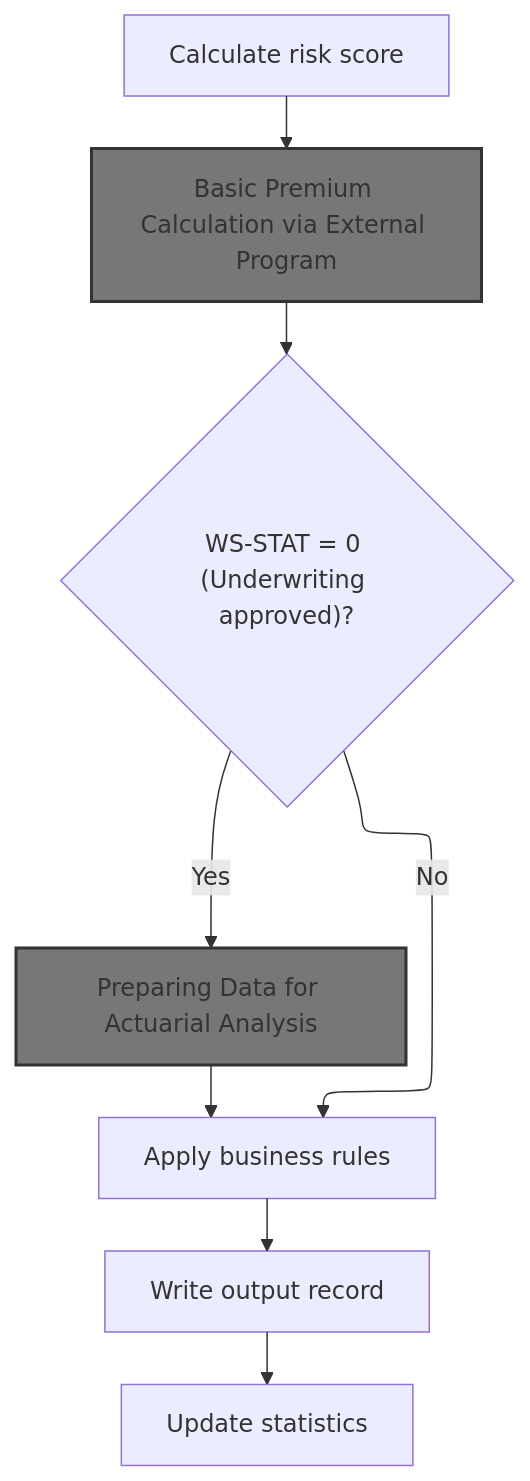
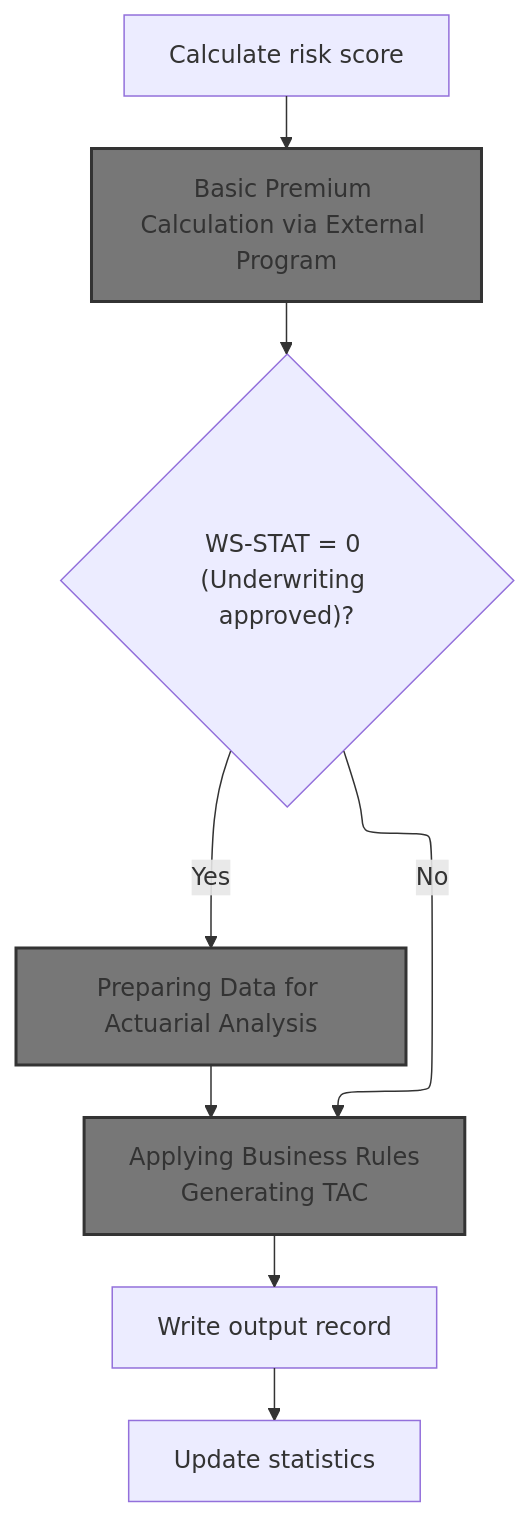
Before and after one commit to Swimm-Demo/kyndryl-cics-genapp: the ninth of 14 diagrams in .swm/insurance-policy-processing-and-premium-calculation.t96is.sw.md, drawn with Mermaid. The commit also changed other lines of this file, not shown here.

````diff
--- a/.swm/insurance-policy-processing-and-premium-calculation.t96is.sw.md
+++ b/.swm/insurance-policy-processing-and-premium-calculation.t96is.sw.md
@@ -692,50 +700,54 @@
 ```mermaid
 %%{init: {"flowchart": {"defaultRenderer": "elk"}} }%%
 flowchart TD
   node1["Calculate risk score"]
-  click node1 openCode "base/src/LGAPDB01.cbl:258:259"
+  click node1 openCode "base/src/LGAPDB01.cbl:270:271"
   node1 --> node2["Basic Premium Calculation via External Program"]
   
   node2 --> node3{"WS-STAT = 0 (Underwriting approved)?"}
-  click node3 openCode "base/src/LGAPDB01.cbl:261:263"
+  click node3 openCode "base/src/LGAPDB01.cbl:273:275"
   node3 -->|"Yes"| node4["Preparing Data for Actuarial Analysis"]
   
-  node3 -->|"No"| node5["Apply business rules"]
-  click node5 openCode "base/src/LGAPDB01.cbl:264:265"
+  node3 -->|"No"| node5["Applying Business Rules
+Generating TAC"]
+  click node5 goToHeading "Applying Business Rules, and Generating TAC"
   node4 --> node5
   node5 --> node6["Write output record"]
-  click node6 openCode "base/src/LGAPDB01.cbl:265:266"
+  click node6 openCode "base/src/LGAPDB01.cbl:278:278"
   node6 --> node7["Update statistics"]
-  click node7 openCode "base/src/LGAPDB01.cbl:266:267"
+  click node7 openCode "base/src/LGAPDB01.cbl:279:279"
 
 classDef HeadingStyle fill:#777777,stroke:#333,stroke-width:2px;
 click node2 goToHeading "Basic Premium Calculation via External Program"
 node2:::HeadingStyle
 click node4 goToHeading "Preparing Data for Actuarial Analysis"
 node4:::HeadingStyle
+node5:::HeadingStyle
 
 %% Swimm:
 %% %%{init: {"flowchart": {"defaultRenderer": "elk"}} }%%
 %% flowchart TD
 %%   node1["Calculate risk score"]
-%%   click node1 openCode "<SwmPath repo-id="Z2l0aHViJTNBJTNBa3luZHJ5bC1jaWNzLWdlbmFwcCUzQSUzQVN3aW1tLURlbW8=" repo-name="kyndryl-cics-genapp" path="/base/src/LGAPDB01.cbl">`(kyndryl-cics-genapp) base/src/LGAPDB01.cbl`</SwmPath>:258:259"
+%%   click node1 openCode "<SwmPath repo-id="Z2l0aHViJTNBJTNBa3luZHJ5bC1jaWNzLWdlbmFwcCUzQSUzQVN3aW1tLURlbW8=" repo-name="kyndryl-cics-genapp" path="/base/src/LGAPDB01.cbl">`(kyndryl-cics-genapp) base/src/LGAPDB01.cbl`</SwmPath>:270:271"
 %%   node1 --> node2["Basic Premium Calculation via External Program"]
 %%   
-%%   node2 --> node3{"<SwmToken path="/base/src/LGAPDB01.cbl" pos="369:3:5" line-data="           EVALUATE WS-STAT" repo-id="Z2l0aHViJTNBJTNBa3luZHJ5bC1jaWNzLWdlbmFwcCUzQSUzQVN3aW1tLURlbW8=" repo-name="kyndryl-cics-genapp">`WS-STAT`</SwmToken> = 0 (Underwriting approved)?"}
-%%   click node3 openCode "<SwmPath repo-id="Z2l0aHViJTNBJTNBa3luZHJ5bC1jaWNzLWdlbmFwcCUzQSUzQVN3aW1tLURlbW8=" repo-name="kyndryl-cics-genapp" path="/base/src/LGAPDB01.cbl">`(kyndryl-cics-genapp) base/src/LGAPDB01.cbl`</SwmPath>:261:263"
+%%   node2 --> node3{"<SwmToken path="/base/src/LGAPDB01.cbl" pos="273:3:5" line-data="           IF WS-STAT = 0" repo-id="Z2l0aHViJTNBJTNBa3luZHJ5bC1jaWNzLWdlbmFwcCUzQSUzQVN3aW1tLURlbW8=" repo-name="kyndryl-cics-genapp">`WS-STAT`</SwmToken> = 0 (Underwriting approved)?"}
+%%   click node3 openCode "<SwmPath repo-id="Z2l0aHViJTNBJTNBa3luZHJ5bC1jaWNzLWdlbmFwcCUzQSUzQVN3aW1tLURlbW8=" repo-name="kyndryl-cics-genapp" path="/base/src/LGAPDB01.cbl">`(kyndryl-cics-genapp) base/src/LGAPDB01.cbl`</SwmPath>:273:275"
 %%   node3 -->|"Yes"| node4["Preparing Data for Actuarial Analysis"]
 %%   
-%%   node3 -->|"No"| node5["Apply business rules"]
-%%   click node5 openCode "<SwmPath repo-id="Z2l0aHViJTNBJTNBa3luZHJ5bC1jaWNzLWdlbmFwcCUzQSUzQVN3aW1tLURlbW8=" repo-name="kyndryl-cics-genapp" path="/base/src/LGAPDB01.cbl">`(kyndryl-cics-genapp) base/src/LGAPDB01.cbl`</SwmPath>:264:265"
+%%   node3 -->|"No"| node5["Applying Business Rules
+%% Generating TAC"]
+%%   click node5 goToHeading "Applying Business Rules, and Generating TAC"
 %%   node4 --> node5
 %%   node5 --> node6["Write output record"]
-%%   click node6 openCode "<SwmPath repo-id="Z2l0aHViJTNBJTNBa3luZHJ5bC1jaWNzLWdlbmFwcCUzQSUzQVN3aW1tLURlbW8=" repo-name="kyndryl-cics-genapp" path="/base/src/LGAPDB01.cbl">`(kyndryl-cics-genapp) base/src/LGAPDB01.cbl`</SwmPath>:265:266"
+%%   click node6 openCode "<SwmPath repo-id="Z2l0aHViJTNBJTNBa3luZHJ5bC1jaWNzLWdlbmFwcCUzQSUzQVN3aW1tLURlbW8=" repo-name="kyndryl-cics-genapp" path="/base/src/LGAPDB01.cbl">`(kyndryl-cics-genapp) base/src/LGAPDB01.cbl`</SwmPath>:278:278"
 %%   node6 --> node7["Update statistics"]
-%%   click node7 openCode "<SwmPath repo-id="Z2l0aHViJTNBJTNBa3luZHJ5bC1jaWNzLWdlbmFwcCUzQSUzQVN3aW1tLURlbW8=" repo-name="kyndryl-cics-genapp" path="/base/src/LGAPDB01.cbl">`(kyndryl-cics-genapp) base/src/LGAPDB01.cbl`</SwmPath>:266:267"
+%%   click node7 openCode "<SwmPath repo-id="Z2l0aHViJTNBJTNBa3luZHJ5bC1jaWNzLWdlbmFwcCUzQSUzQVN3aW1tLURlbW8=" repo-name="kyndryl-cics-genapp" path="/base/src/LGAPDB01.cbl">`(kyndryl-cics-genapp) base/src/LGAPDB01.cbl`</SwmPath>:279:279"
 %% 
 %% classDef HeadingStyle fill:#777777,stroke:#333,stroke-width:2px;
 %% click node2 goToHeading "Basic Premium Calculation via External Program"
 %% node2:::HeadingStyle
 %% click node4 goToHeading "Preparing Data for Actuarial Analysis"
 %% node4:::HeadingStyle
+%% node5:::HeadingStyle
 ```
````
